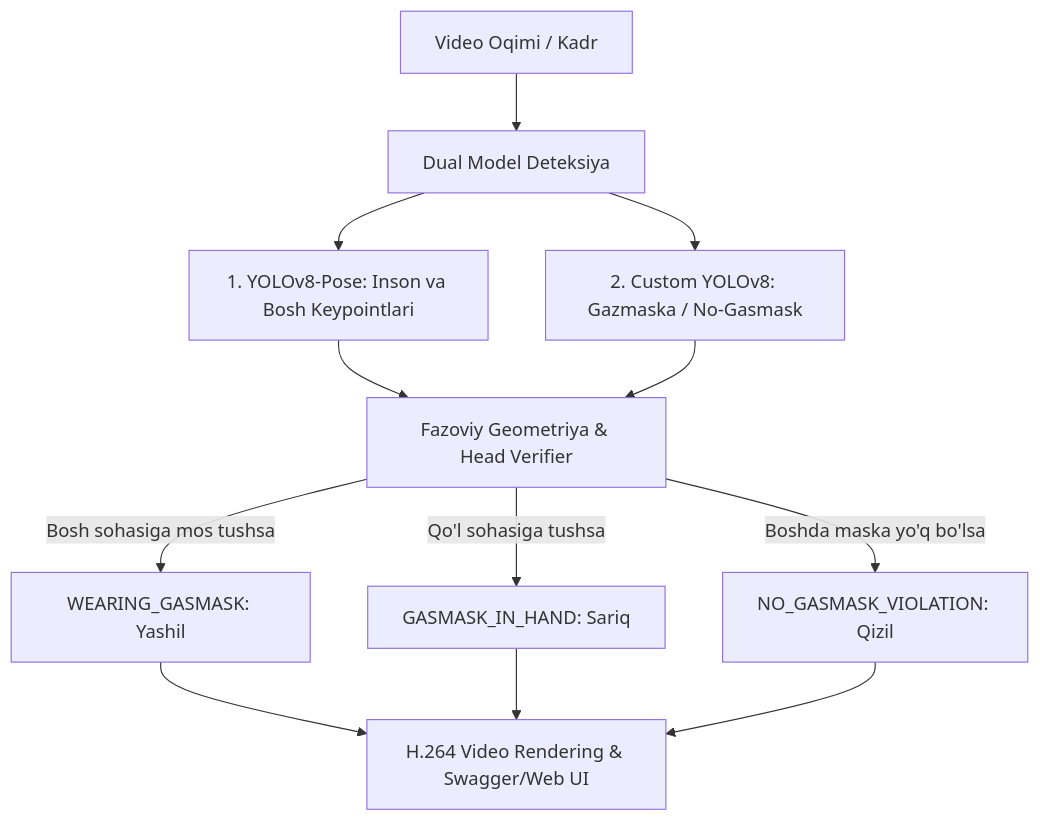
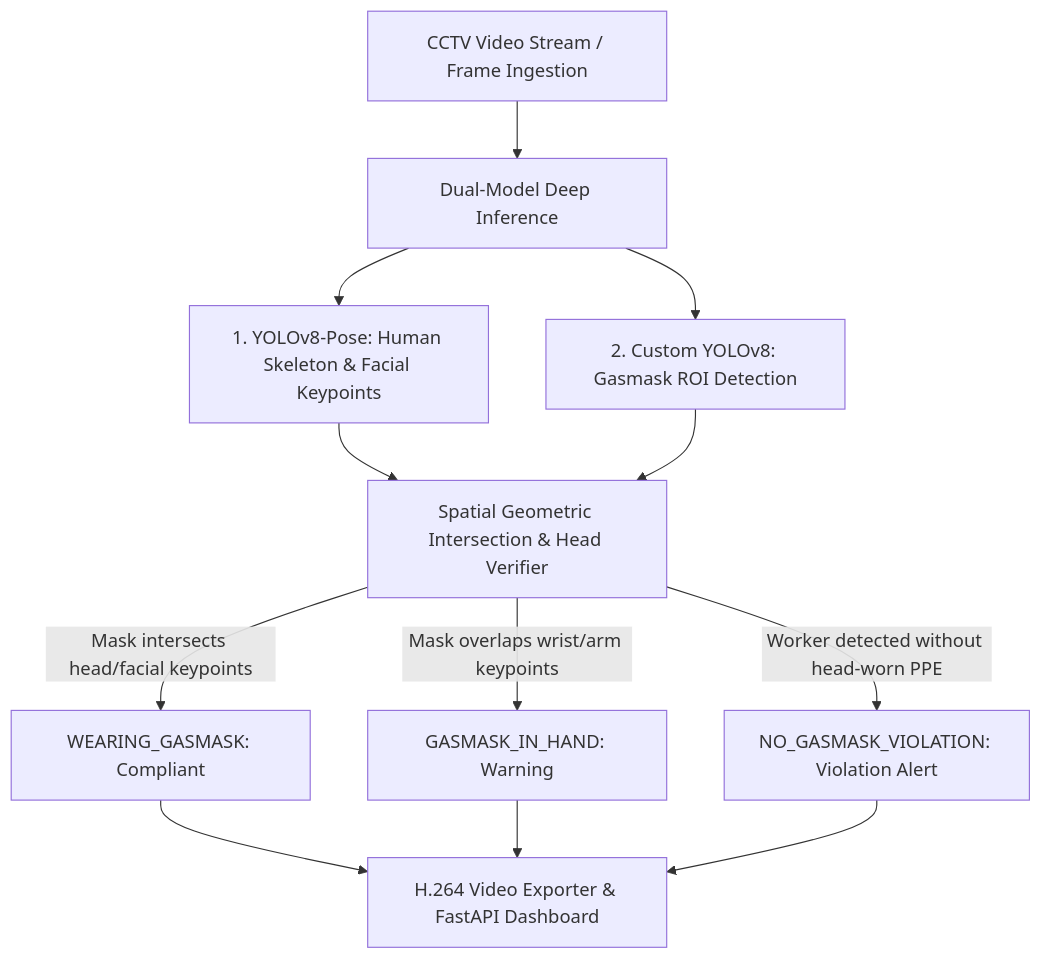
One commit to quvonchbek212/industrial-safety-vision-ai changed the diagram in README.md. Above: the diagram before and after it, drawn with Mermaid. The commit also changed other lines of this file, not shown here.

````diff
--- a/README.md
+++ b/README.md
@@ -48,14 +48,14 @@
 ```mermaid
 graph TD
-    A[Video Oqimi / Kadr] --> B[Dual Model Deteksiya]
-    B --> C[1. YOLOv8-Pose: Inson va Bosh Keypointlari]
-    B --> D[2. Custom YOLOv8: Gazmaska / No-Gasmask]
-    C --> E[Fazoviy Geometriya & Head Verifier]
+    A[CCTV Video Stream / Frame Ingestion] --> B[Dual-Model Deep Inference]
+    B --> C[1. YOLOv8-Pose: Human Skeleton & Facial Keypoints]
+    B --> D[2. Custom YOLOv8: Gasmask ROI Detection]
+    C --> E[Spatial Geometric Intersection & Head Verifier]
     D --> E
-    E -->|Bosh sohasiga mos tushsa| F[WEARING_GASMASK: Yashil]
-    E -->|Qo'l sohasiga tushsa| G[GASMASK_IN_HAND: Sariq]
-    E -->|Boshda maska yo'q bo'lsa| H[NO_GASMASK_VIOLATION: Qizil]
-    F --> I[H.264 Video Rendering & Swagger/Web UI]
+    E -->|Mask intersects head/facial keypoints| F[WEARING_GASMASK: Compliant]
+    E -->|Mask overlaps wrist/arm keypoints| G[GASMASK_IN_HAND: Warning]
+    E -->|Worker detected without head-worn PPE| H[NO_GASMASK_VIOLATION: Violation Alert]
+    F --> I[H.264 Video Exporter & FastAPI Dashboard]
     G --> I
     H --> I
 ```
````
